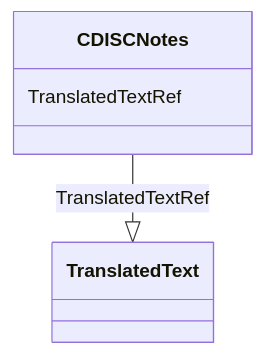
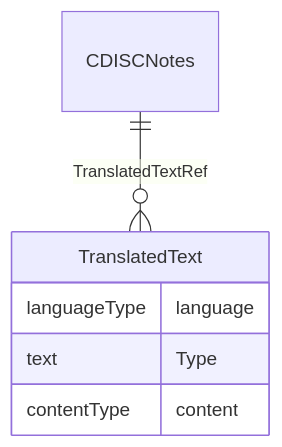
The diagram in docs/CDISCNotes.md (cdisc-org/DataExchange-ODM-LinkML), drawn with Mermaid before and after one commit. The commit also changed other lines of this file and 181 other files, not shown here.

Commit message:
ER diagrams working via templates and removing names with underscores

````diff
--- a/docs/CDISCNotes.md
+++ b/docs/CDISCNotes.md
@@ -14,9 +11,14 @@
 ```mermaid
- classDiagram
-    class CDISCNotes
-      CDISCNotes : TranslatedTextRef
-        
-          CDISCNotes --|> TranslatedText : TranslatedTextRef
-        
-      
+erDiagram
+CDISCNotes {
+
+}
+TranslatedText {
+    languageType language  
+    text Type  
+    contentType content  
+}
+
+CDISCNotes ||--}o TranslatedText : "TranslatedTextRef"
+
 ```
````
